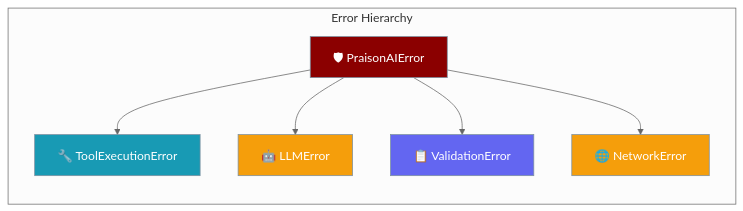
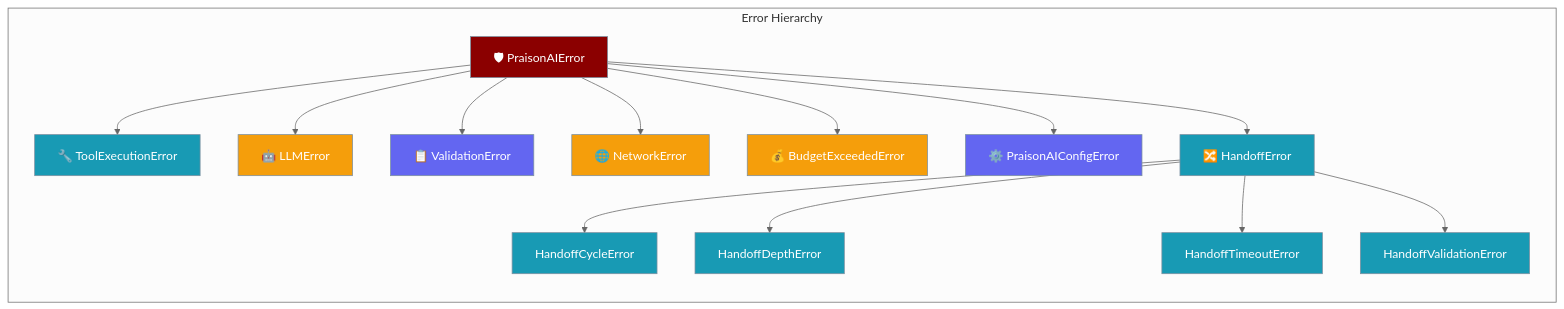
One commit to MervinPraison/PraisonAIDocs changed the first of 3 diagrams in docs/features/error-handling.mdx. Above: the diagram before and after it, drawn with Mermaid (neutral theme). The commit also changed other lines of this file, not shown here.

First line of the commit message:
docs: expand error-handling page with full SDK hierarchy (fixes #621)

````diff
--- a/docs/features/error-handling.mdx
+++ b/docs/features/error-handling.mdx
@@ -10,20 +10,27 @@
 ```mermaid
 graph LR
     subgraph "Error Hierarchy"
         Base[🛡 PraisonAIError]
         Base --> Tool[🔧 ToolExecutionError]
         Base --> LLM[🤖 LLMError]
         Base --> Val[📋 ValidationError]
         Base --> Net[🌐 NetworkError]
+        Base --> Budget[💰 BudgetExceededError]
+        Base --> Cfg[⚙️ PraisonAIConfigError]
+        Base --> Handoff[🔀 HandoffError]
+        Handoff --> HC[HandoffCycleError]
+        Handoff --> HD[HandoffDepthError]
+        Handoff --> HT[HandoffTimeoutError]
+        Handoff --> HV[HandoffValidationError]
     end
 
     classDef base fill:#8B0000,stroke:#7C90A0,color:#fff
     classDef tool fill:#189AB4,stroke:#7C90A0,color:#fff
     classDef err fill:#F59E0B,stroke:#7C90A0,color:#fff
     classDef cfg fill:#6366F1,stroke:#7C90A0,color:#fff
 
     class Base base
-    class Tool tool
-    class LLM,Net err
-    class Val cfg
+    class Tool,Handoff,HC,HD,HT,HV tool
+    class LLM,Net,Budget err
+    class Val,Cfg cfg
 ```
````
